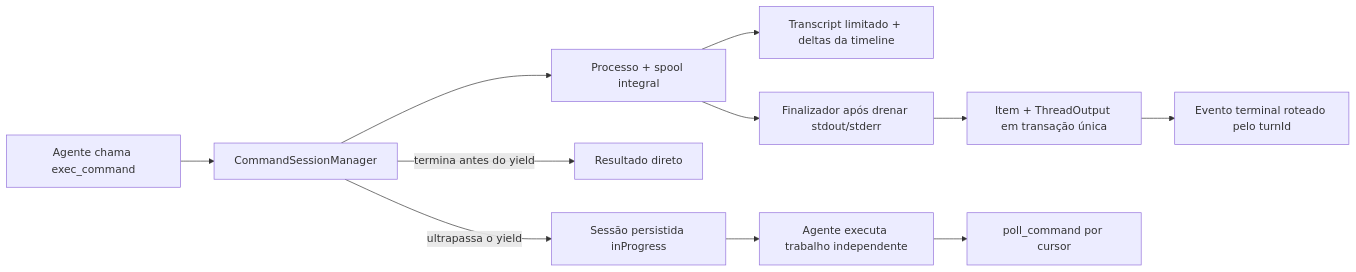
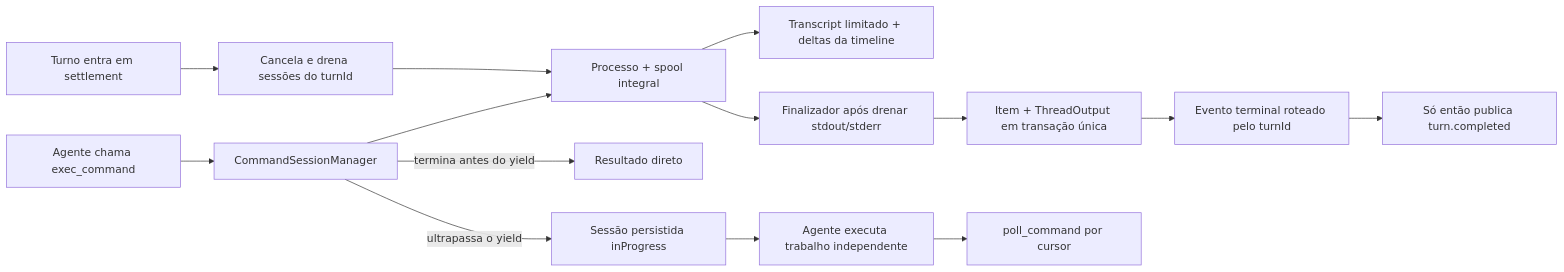
Before and after one commit to BRUN0R2/codex-app: the second of 2 diagrams in docs/ARCHITECTURE.md, drawn with Mermaid. The commit also changed other lines of this file and 8 other files, not shown here.

````diff
--- a/docs/ARCHITECTURE.md
+++ b/docs/ARCHITECTURE.md
@@ -94,13 +94,16 @@
 ```mermaid
 flowchart LR
     Agent["Agente chama exec_command"] --> Manager["CommandSessionManager"]
     Manager --> Process["Processo + spool integral"]
     Process --> Transcript["Transcript limitado + deltas da timeline"]
     Manager -->|termina antes do yield| Result["Resultado direto"]
     Manager -->|ultrapassa o yield| Session["Sessão persistida inProgress"]
     Session --> Work["Agente executa trabalho independente"]
     Work --> Poll["poll_command por cursor"]
+    Turn["Turno entra em settlement"] --> Close["Cancela e drena sessões do turnId"]
+    Close --> Process
     Process --> Finalizer["Finalizador após drenar stdout/stderr"]
     Finalizer --> Transaction["Item + ThreadOutput em transação única"]
     Transaction --> Event["Evento terminal roteado pelo turnId"]
+    Event --> TurnEvent["Só então publica turn.completed"]
 ```
````
